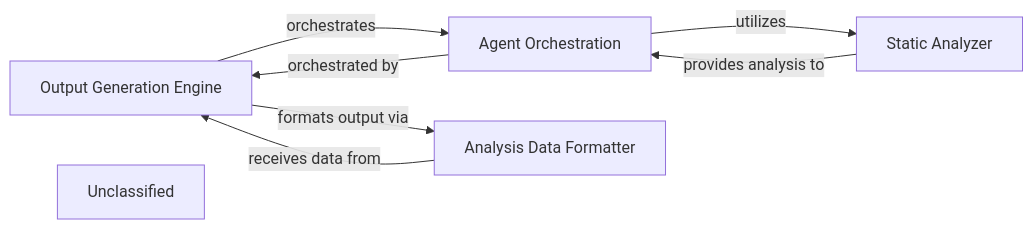
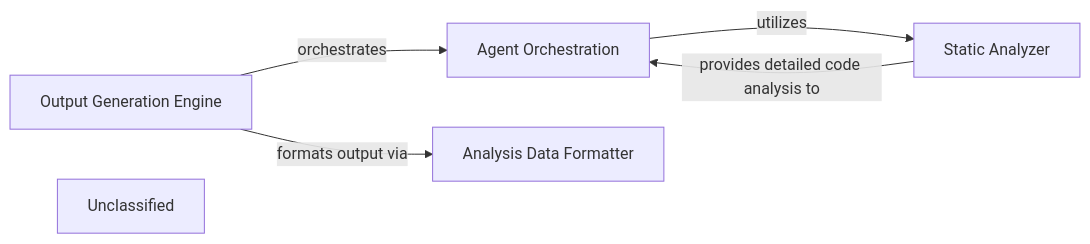
Before and after one commit to CodeBoarding/CodeBoarding: the diagram in .codeboarding/Diagram_Analysis_Renderer.md, drawn with Mermaid. The commit also changed other lines of this file and 17 other files, not shown here.

First line of the commit message:
docs: update codeboarding documentation and generate architecture

````diff
--- a/.codeboarding/Diagram_Analysis_Renderer.md
+++ b/.codeboarding/Diagram_Analysis_Renderer.md
@@ -1,15 +1,13 @@
 ```mermaid
 graph LR
     Output_Generation_Engine["Output Generation Engine"]
     Agent_Orchestration["Agent Orchestration"]
     Static_Analyzer["Static Analyzer"]
     Analysis_Data_Formatter["Analysis Data Formatter"]
     Unclassified["Unclassified"]
     Output_Generation_Engine -- "orchestrates" --> Agent_Orchestration
+    Output_Generation_Engine -- "formats output via" --> Analysis_Data_Formatter
     Agent_Orchestration -- "utilizes" --> Static_Analyzer
-    Output_Generation_Engine -- "formats output via" --> Analysis_Data_Formatter
-    Agent_Orchestration -- "orchestrated by" --> Output_Generation_Engine
-    Static_Analyzer -- "provides analysis to" --> Agent_Orchestration
-    Analysis_Data_Formatter -- "receives data from" --> Output_Generation_Engine
+    Static_Analyzer -- "provides detailed code analysis to" --> Agent_Orchestration
     click Output_Generation_Engine href "https://github.com/CodeBoarding/CodeBoarding/blob/main/.codeboarding/Output_Generation_Engine.md" "Details"
 ```
````
